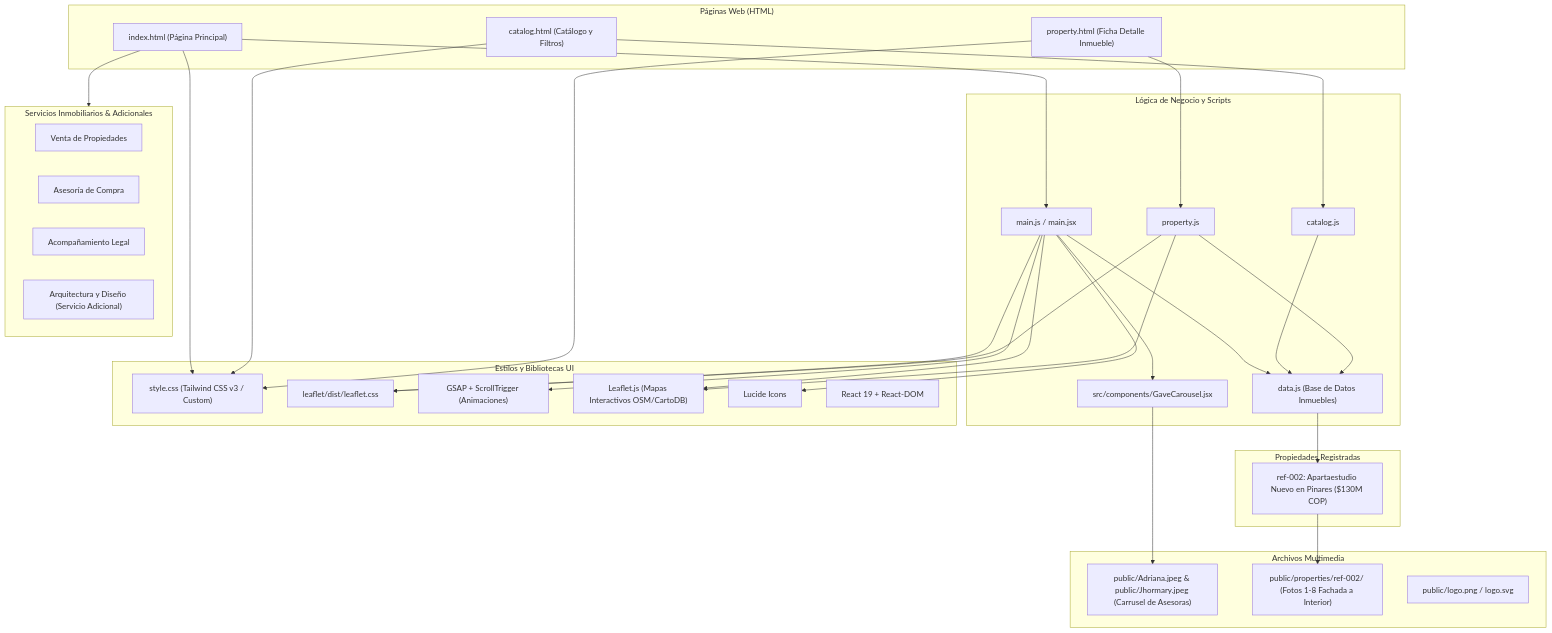
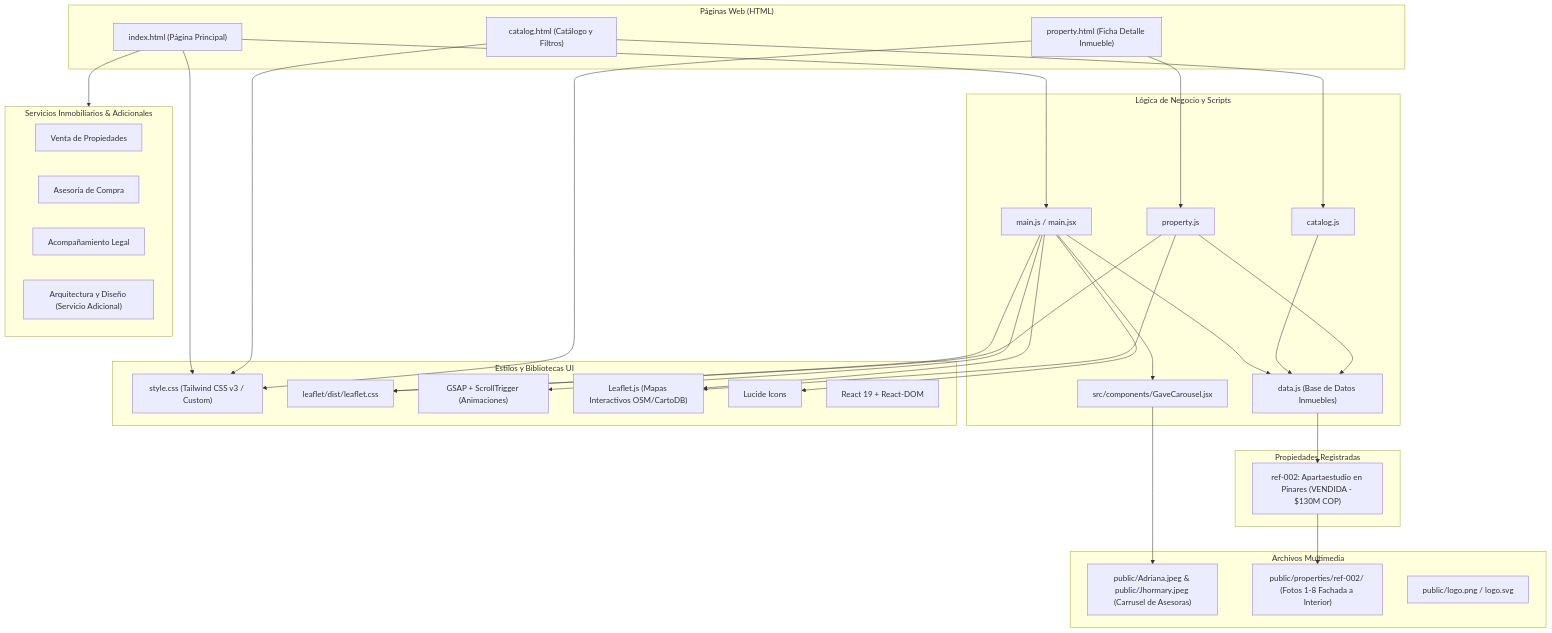
Before and after one commit to RedbrickSeven8/gave-propiedades: the diagram in PROJECT_MAP.md, drawn with Mermaid. The commit also changed other lines of this file and 4 other files, not shown here.

Commit message:
feat: marcar propiedad ref-002 como vendida con distintivo visual en home, catalogo y ficha de detalle

````diff
--- a/PROJECT_MAP.md
+++ b/PROJECT_MAP.md
@@ -5,76 +5,76 @@
 ```mermaid
 graph TD
     %% Rutas Principales
     subgraph Rutas ["Páginas Web (HTML)"]
         Index["index.html (Página Principal)"]
         Catalog["catalog.html (Catálogo y Filtros)"]
         Property["property.html (Ficha Detalle Inmueble)"]
     end
 
     %% Módulos JS y Lógica
     subgraph ModulosJS ["Lógica de Negocio y Scripts"]
         MainJS["main.js / main.jsx"]
         CatalogJS["catalog.js"]
         PropertyJS["property.js"]
         DataJS["data.js (Base de Datos Inmuebles)"]
         GaveCarousel["src/components/GaveCarousel.jsx"]
     end
 
     %% Estilos y Frameworks
     subgraph UI_UX ["Estilos y Bibliotecas UI"]
         StyleCSS["style.css (Tailwind CSS v3 / Custom)"]
         LeafletCSS["leaflet/dist/leaflet.css"]
         GSAP["GSAP + ScrollTrigger (Animaciones)"]
         LeafletJS["Leaflet.js (Mapas Interactivos OSM/CartoDB)"]
         LucideIcons["Lucide Icons"]
         React19["React 19 + React-DOM"]
     end
 
     %% Base de Datos de Inmuebles
     subgraph Inmuebles ["Propiedades Registradas"]
-        Ref002["ref-002: Apartaestudio Nuevo en Pinares ($130M COP)"]
+        Ref002["ref-002: Apartaestudio en Pinares (VENDIDA - $130M COP)"]
     end
 
     %% Servicios Ofrecidos
     subgraph Servicios ["Servicios Inmobiliarios & Adicionales"]
         Srv1["Venta de Propiedades"]
         Srv2["Asesoría de Compra"]
         Srv3["Acompañamiento Legal"]
         Srv4["Arquitectura y Diseño (Servicio Adicional)"]
     end
 
     %% Recursos y Multimedia
     subgraph Assets ["Archivos Multimedia"]
         TeamImgs["public/Adriana.jpeg & public/Jhormary.jpeg (Carrusel de Asesoras)"]
         Ref002_Imgs["public/properties/ref-002/ (Fotos 1-8 Fachada a Interior)"]
         BrandLogo["public/logo.png / logo.svg"]
     end
 
     %% Relaciones
     Index --> MainJS
     Catalog --> CatalogJS
     Property --> PropertyJS
 
     MainJS --> DataJS
     MainJS --> GaveCarousel
     MainJS --> LeafletJS
     MainJS --> GSAP
     MainJS --> LucideIcons
 
     GaveCarousel --> TeamImgs
 
     CatalogJS --> DataJS
     PropertyJS --> DataJS
     PropertyJS --> LeafletJS
 
     Index --> Servicios
 
     DataJS --> Ref002
     Ref002 --> Ref002_Imgs
 
     Index --> StyleCSS
     Catalog --> StyleCSS
     Property --> StyleCSS
     MainJS --> LeafletCSS
     PropertyJS --> LeafletCSS
 ```
````
